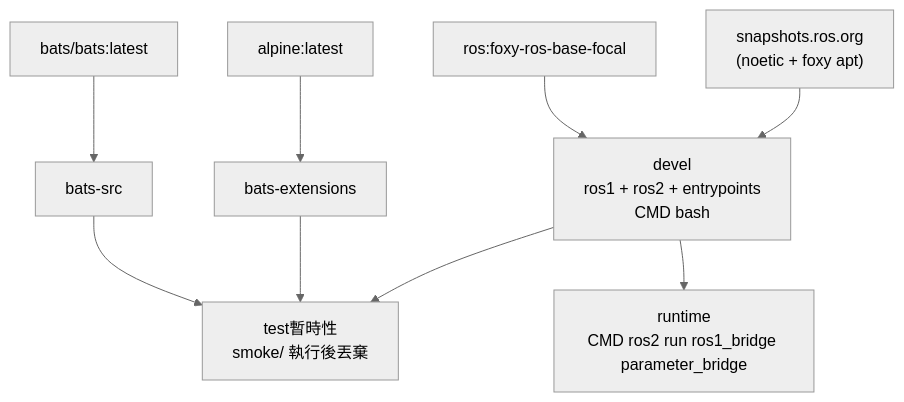
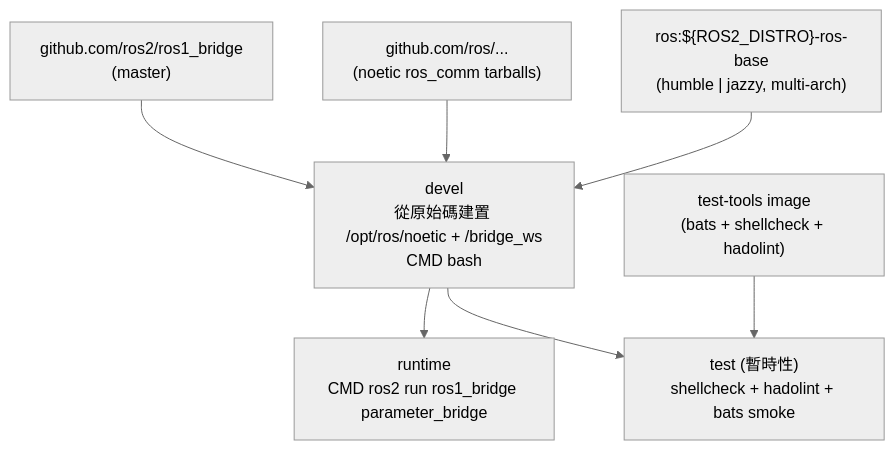
One commit to ycpss91255-docker/ros1_bridge changed the diagram in doc/README.zh-TW.md. Above: the diagram before and after it, drawn with Mermaid (neutral theme). The commit also changed other lines of this file and 8 other files, not shown here.

First line of the commit message:
docs+lint: align README/CHANGELOG/TEST.md with source-build refactor; fix Dockerfile lint + bats flunk

````diff
--- a/doc/README.zh-TW.md
+++ b/doc/README.zh-TW.md
@@ -181,20 +182,17 @@
 ```mermaid
 graph TD
-    EXT1["bats/bats:latest"]
-    EXT2["alpine:latest"]
-    EXT3["ros:foxy-ros-base-focal"]
-    EXT4["snapshots.ros.org\n(noetic + foxy apt)"]
+    EXT1["test-tools image\n(bats + shellcheck + hadolint)"]
+    EXT3["ros:${ROS2_DISTRO}-ros-base\n(humble | jazzy, multi-arch)"]
+    EXT4["github.com/ros/...\n(noetic ros_comm tarballs)"]
+    EXT5["github.com/ros2/ros1_bridge\n(master)"]
 
-    EXT1 --> bats-src["bats-src"]
-    EXT2 --> bats-ext["bats-extensions"]
-
-    EXT3 --> devel["devel\nros1 + ros2 + entrypoints\nCMD bash"]
+    EXT3 --> devel["devel\n從原始碼建置 /opt/ros/noetic + /bridge_ws\nCMD bash"]
     EXT4 --> devel
+    EXT5 --> devel
 
     devel --> runtime["runtime\nCMD ros2 run ros1_bridge parameter_bridge"]
 
-    bats-src --> test["test暫時性\nsmoke/ 執行後丟棄"]
-    bats-ext --> test
+    EXT1 --> test["test (暫時性)\nshellcheck + hadolint + bats smoke"]
     devel --> test
 
 ```
````
